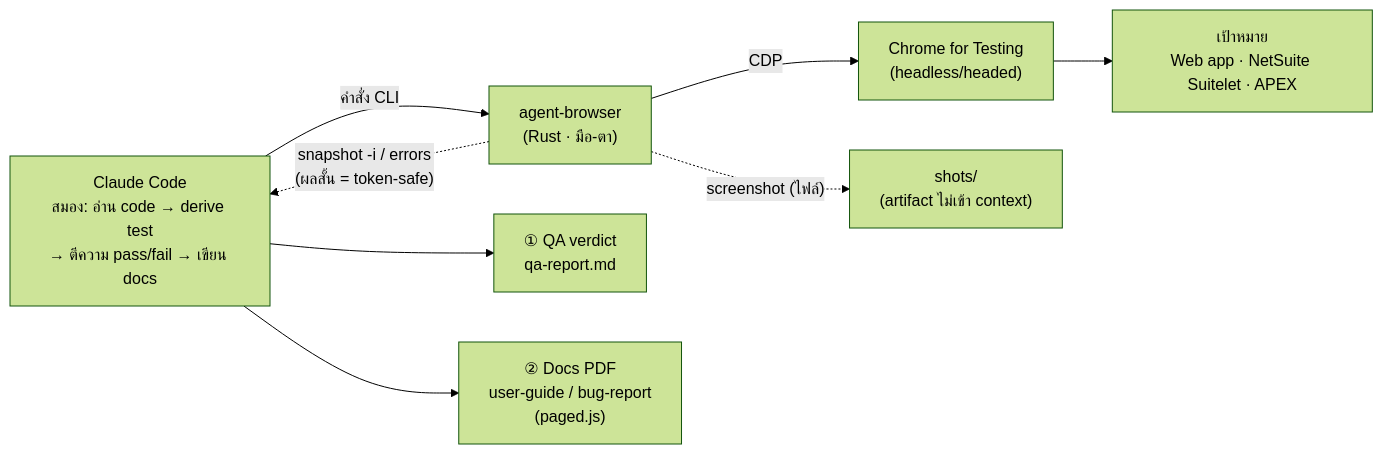
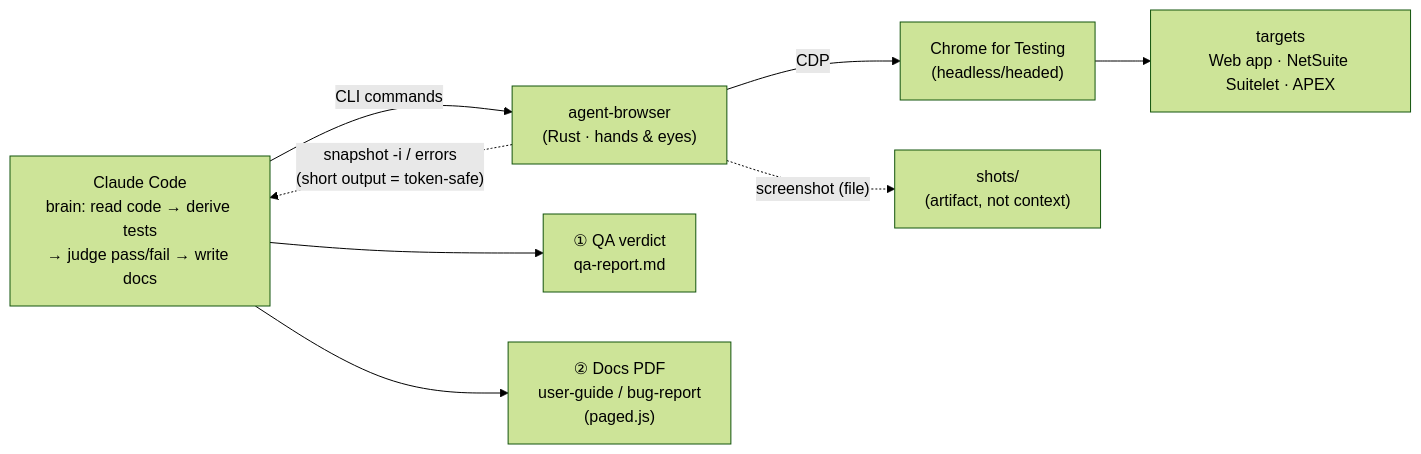
Before and after one commit to wichtking/agent-browser-qa: the diagram in README.md, drawn with Mermaid (forest theme). The commit also changed other lines of this file and 6 other files, not shown here.

````diff
--- a/README.md
+++ b/README.md
@@ -15,10 +22,10 @@
 ```mermaid
 flowchart LR
-    claude["Claude Code<br/>สมอง: อ่าน code → derive test<br/>→ ตีความ pass/fail → เขียน docs"] -->|"คำสั่ง CLI"| ab["agent-browser<br/>(Rust · มือ-ตา)"]
+    claude["Claude Code<br/>brain: read code → derive tests<br/>→ judge pass/fail → write docs"] -->|"CLI commands"| ab["agent-browser<br/>(Rust · hands & eyes)"]
     ab -->|"CDP"| chrome["Chrome for Testing<br/>(headless/headed)"]
-    chrome --> targets["เป้าหมาย<br/>Web app · NetSuite Suitelet · APEX"]
-    ab -.->|"snapshot -i / errors<br/>(ผลสั้น = token-safe)"| claude
-    ab -.->|"screenshot (ไฟล์)"| shots["shots/<br/>(artifact ไม่เข้า context)"]
+    chrome --> targets["targets<br/>Web app · NetSuite Suitelet · APEX"]
+    ab -.->|"snapshot -i / errors<br/>(short output = token-safe)"| claude
+    ab -.->|"screenshot (file)"| shots["shots/<br/>(artifact, not context)"]
     claude --> out1["① QA verdict<br/>qa-report.md"]
     claude --> out2["② Docs PDF<br/>user-guide / bug-report<br/>(paged.js)"]
 ```
````
